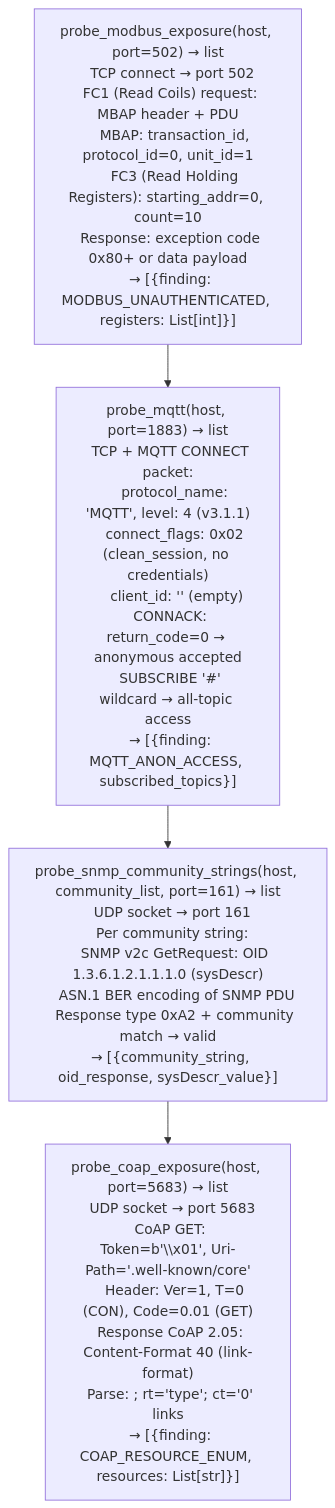
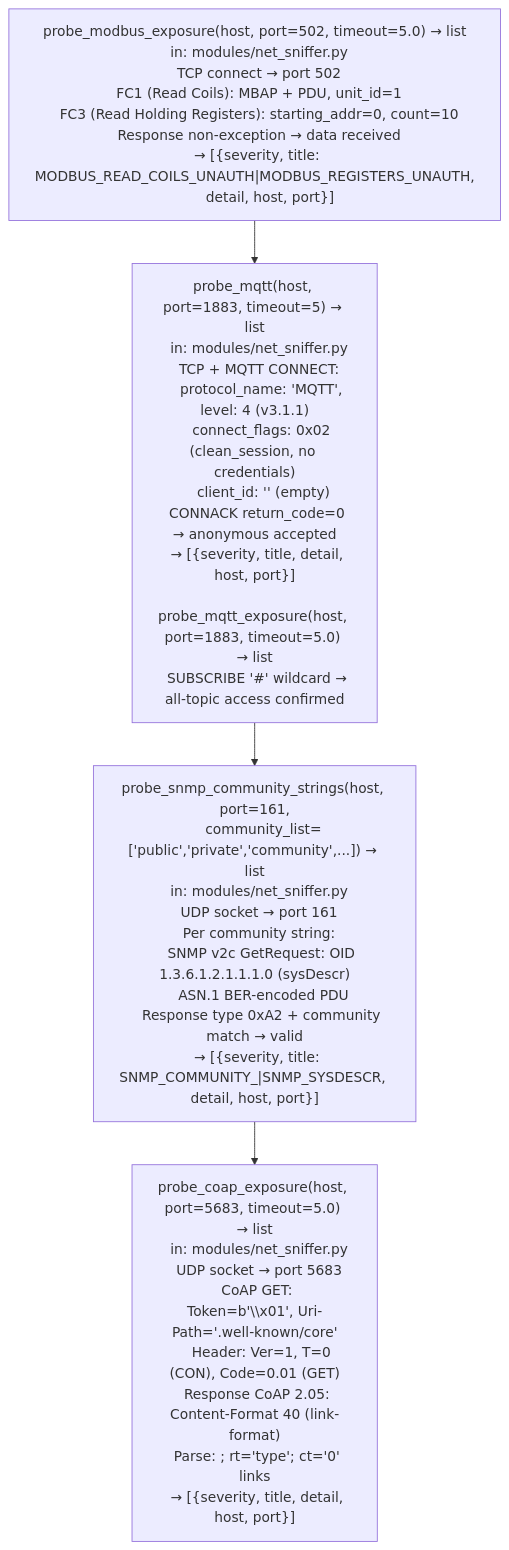
One commit to Ablation-Tool/ablation changed the diagram in docs/reference-modules/industrial-iot-probes.md. Above: the diagram before and after it, drawn with Mermaid. The commit also changed other lines of this file and 16 other files, not shown here.

````diff
--- a/docs/reference-modules/industrial-iot-probes.md
+++ b/docs/reference-modules/industrial-iot-probes.md
@@ -19,6 +19,6 @@
 ```mermaid
 flowchart TD
-    A["probe_modbus_exposure(host, port=502) → list\n  TCP connect → port 502\n  FC1 (Read Coils) request: MBAP header + PDU\n    MBAP: transaction_id, protocol_id=0, unit_id=1\n    FC3 (Read Holding Registers): starting_addr=0, count=10\n  Response: exception code 0x80+ or data payload\n  → [{finding: MODBUS_UNAUTHENTICATED, registers: List[int]}]"] --> B["probe_mqtt(host, port=1883) → list\n  TCP + MQTT CONNECT packet:\n    protocol_name: 'MQTT', level: 4 (v3.1.1)\n    connect_flags: 0x02 (clean_session, no credentials)\n    client_id: '' (empty)\n  CONNACK: return_code=0 → anonymous accepted\n  SUBSCRIBE '#' wildcard → all-topic access\n  → [{finding: MQTT_ANON_ACCESS, subscribed_topics}]"]
-    B --> C["probe_snmp_community_strings(host, community_list, port=161) → list\n  UDP socket → port 161\n  Per community string:\n    SNMP v2c GetRequest: OID 1.3.6.1.2.1.1.1.0 (sysDescr)\n    ASN.1 BER encoding of SNMP PDU\n    Response type 0xA2 + community match → valid\n  → [{community_string, oid_response, sysDescr_value}]"]
-    C --> D["probe_coap_exposure(host, port=5683) → list\n  UDP socket → port 5683\n  CoAP GET: Token=b'\\x01', Uri-Path='.well-known/core'\n    Header: Ver=1, T=0 (CON), Code=0.01 (GET)\n  Response CoAP 2.05: Content-Format 40 (link-format)\n  Parse: </resource>; rt='type'; ct='0' links\n  → [{finding: COAP_RESOURCE_ENUM, resources: List[str]}]"]
+    A["probe_modbus_exposure(host, port=502, timeout=5.0) → list\n  in: modules/net_sniffer.py\n  TCP connect → port 502\n  FC1 (Read Coils): MBAP + PDU, unit_id=1\n  FC3 (Read Holding Registers): starting_addr=0, count=10\n  Response non-exception → data received\n  → [{severity, title: MODBUS_READ_COILS_UNAUTH|MODBUS_REGISTERS_UNAUTH,\n       detail, host, port}]"] --> B["probe_mqtt(host, port=1883, timeout=5) → list\n  in: modules/net_sniffer.py\n  TCP + MQTT CONNECT:\n    protocol_name: 'MQTT', level: 4 (v3.1.1)\n    connect_flags: 0x02 (clean_session, no credentials)\n    client_id: '' (empty)\n  CONNACK return_code=0 → anonymous accepted\n  → [{severity, title, detail, host, port}]\n\nprobe_mqtt_exposure(host, port=1883, timeout=5.0) → list\n  SUBSCRIBE '#' wildcard → all-topic access confirmed"]
+    B --> C["probe_snmp_community_strings(host, port=161,\n    community_list=['public','private','community',...]) → list\n  in: modules/net_sniffer.py\n  UDP socket → port 161\n  Per community string:\n    SNMP v2c GetRequest: OID 1.3.6.1.2.1.1.1.0 (sysDescr)\n    ASN.1 BER-encoded PDU\n    Response type 0xA2 + community match → valid\n  → [{severity, title: SNMP_COMMUNITY_<NAME>|SNMP_SYSDESCR, detail, host, port}]"]
+    C --> D["probe_coap_exposure(host, port=5683, timeout=5.0) → list\n  in: modules/net_sniffer.py\n  UDP socket → port 5683\n  CoAP GET: Token=b'\\x01', Uri-Path='.well-known/core'\n    Header: Ver=1, T=0 (CON), Code=0.01 (GET)\n  Response CoAP 2.05: Content-Format 40 (link-format)\n  Parse: </resource>; rt='type'; ct='0' links\n  → [{severity, title, detail, host, port}]"]
 ```
````
